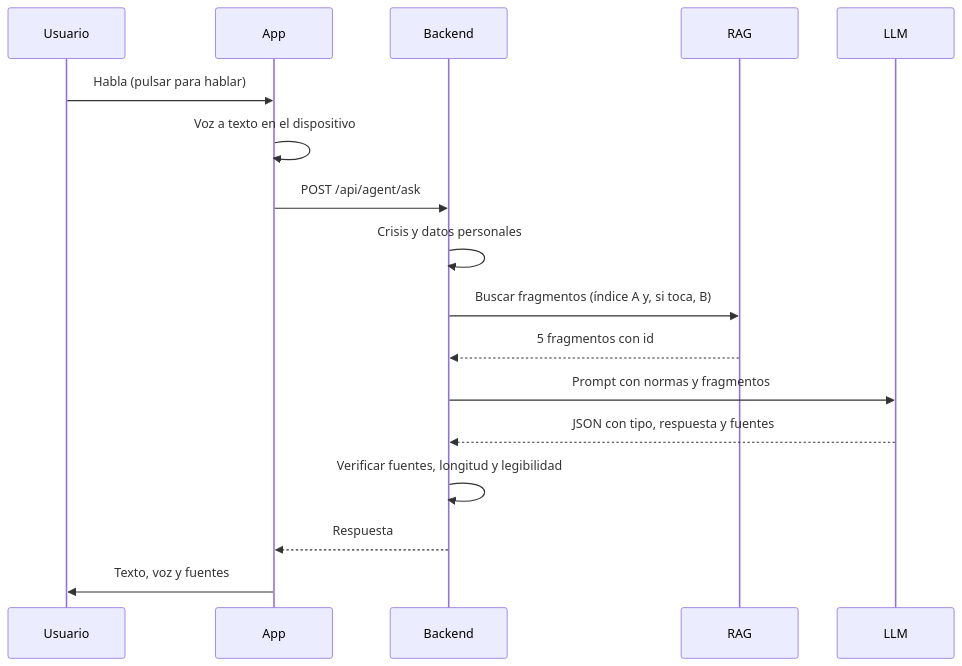
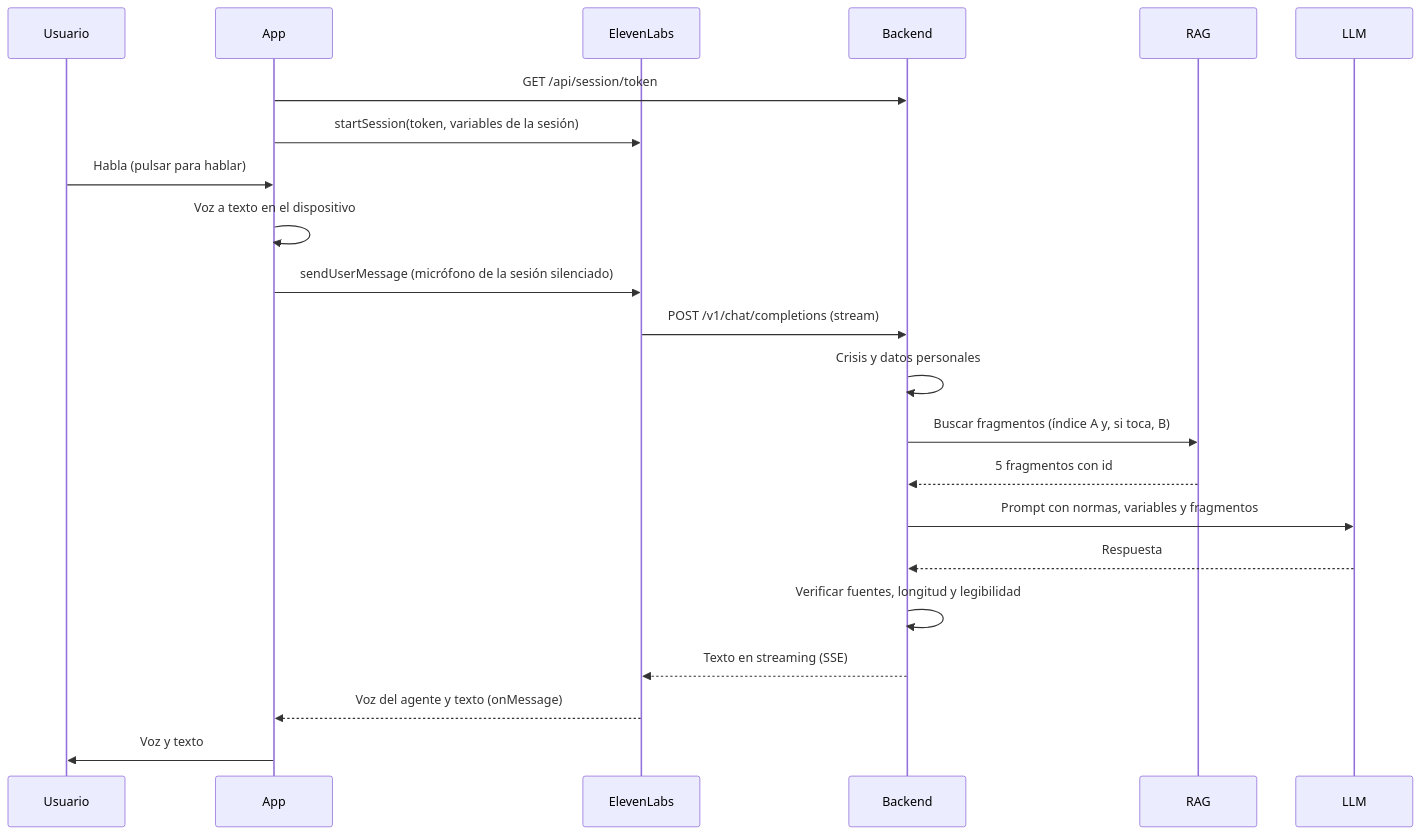
Before and after one commit to Aliassdev/Hackaton-DataForum-2026: the second of 2 diagrams in docs/ARQUITECTURA.md, drawn with Mermaid. The commit also changed other lines of this file and 1 other file, not shown here.

First line of the commit message:
docs: alinear la arquitectura con el reto 2 y adoptar ElevenLabs como fase 1 (v1.1)

````diff
--- a/docs/ARQUITECTURA.md
+++ b/docs/ARQUITECTURA.md
@@ -521,19 +658,24 @@
 ```mermaid
 sequenceDiagram
   participant U as Usuario
   participant A as App
+  participant E as ElevenLabs
   participant B as Backend
   participant R as RAG
   participant L as LLM
+  A->>B: GET /api/session/token
+  A->>E: startSession(token, variables de la sesión)
   U->>A: Habla (pulsar para hablar)
   A->>A: Voz a texto en el dispositivo
-  A->>B: POST /api/agent/ask
+  A->>E: sendUserMessage (micrófono de la sesión silenciado)
+  E->>B: POST /v1/chat/completions (stream)
   B->>B: Crisis y datos personales
   B->>R: Buscar fragmentos (índice A y, si toca, B)
   R-->>B: 5 fragmentos con id
-  B->>L: Prompt con normas y fragmentos
-  L-->>B: JSON con tipo, respuesta y fuentes
+  B->>L: Prompt con normas, variables y fragmentos
+  L-->>B: Respuesta
   B->>B: Verificar fuentes, longitud y legibilidad
-  B-->>A: Respuesta
-  A->>U: Texto, voz y fuentes
+  B-->>E: Texto en streaming (SSE)
+  E-->>A: Voz del agente y texto (onMessage)
+  A->>U: Voz y texto
 ```
````
